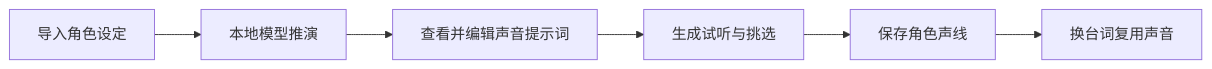
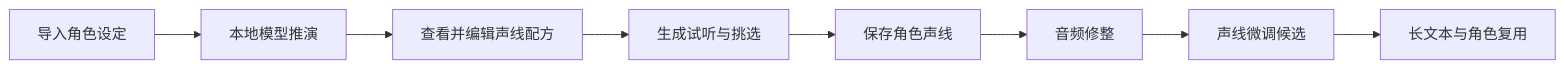
Before and after one commit to zdd3143/timbreforge: the diagram in README.md, drawn with Mermaid. The commit also changed other lines of this file and 71 other files, not shown here.

````diff
--- a/README.md
+++ b/README.md
@@ -20,8 +26,10 @@
 ```mermaid
 flowchart LR
     A[导入角色设定] --> B[本地模型推演]
-    B --> C[查看并编辑声音提示词]
+    B --> C[查看并编辑声线配方]
     C --> D[生成试听与挑选]
     D --> E[保存角色声线]
-    E --> F[换台词复用声音]
+    E --> F[音频修整]
+    F --> G[声线微调候选]
+    G --> H[长文本与角色复用]
 ```
````
